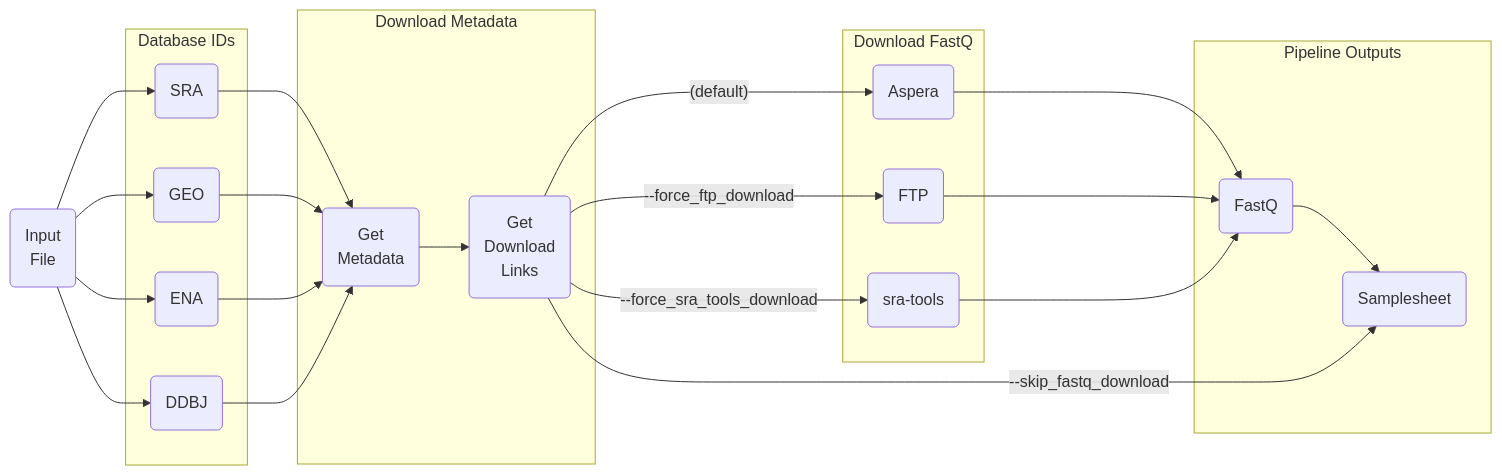
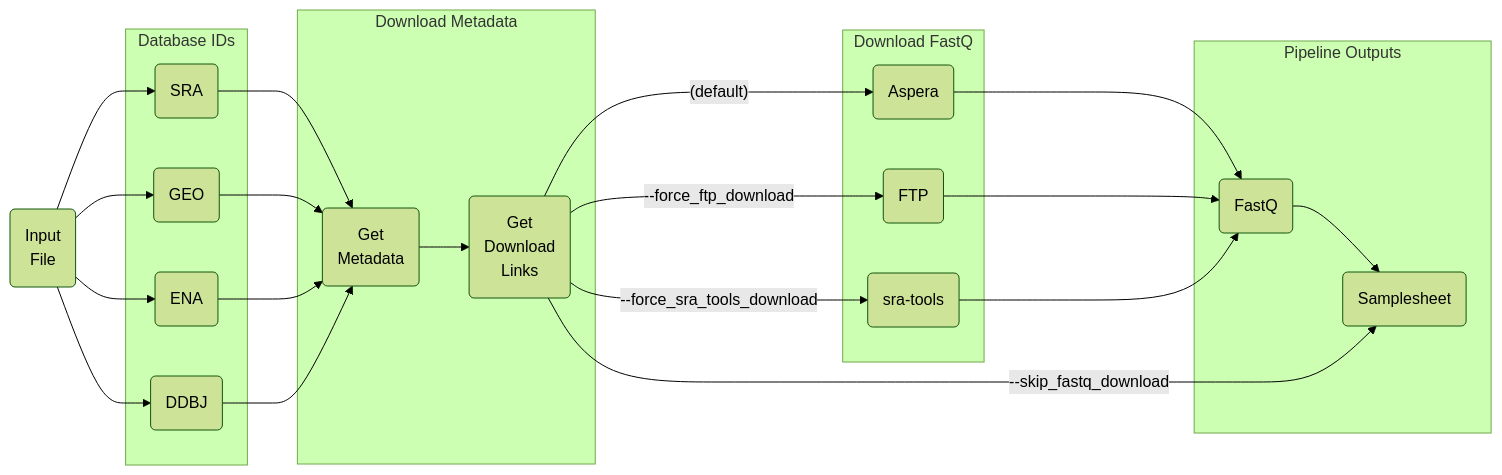
The diagram in README.md (nf-core/fetchngs), drawn with Mermaid before and after one commit.

Commit message:
pulling more stuff out of the mermaid

````diff
--- a/README.md
+++ b/README.md
@@ -26,41 +26,35 @@
 ```mermaid
 %%{
   init: {
     "theme": "forest",
-    "logLevel": "info",
-    "flowchart": {
-      "htmlLabels": true,
-    },
-    "sequence": {
-      "mirrorActors": true
-    }
+    "logLevel": "info"
   }
 }%%
 flowchart LR
     IDS("Input 
     File") --> SRA & GEO & ENA & DDBJ
     subgraph SG_DBIDS[Database IDs]
       SRA("SRA")
       GEO("GEO")
       ENA("ENA")
       DDBJ("DDBJ")
     end
     subgraph SG_METADATA[Download Metadata]
       SRA & GEO & ENA & DDBJ --> META("Get 
       Metadata")
       META --> LINKS("Get 
       Download
       Links")
     end
     subgraph SG_FETCH_FASTQ[Download FastQ]
       LINKS --> |"(default)"| ASPERA("Aspera")
       LINKS --> |--force_ftp_download| FTP("FTP")
       LINKS --> |--force_sra_tools_download| SRATOOLS("sra-tools")
     end
     subgraph SG_FASTQ[Pipeline Outputs]
       ASPERA & FTP & SRATOOLS --> FASTQ("FastQ")
       FASTQ --> SAMPLESHEET("Samplesheet")
     end
     LINKS --> |--skip_fastq_download| SAMPLESHEET
     
 ```
````
